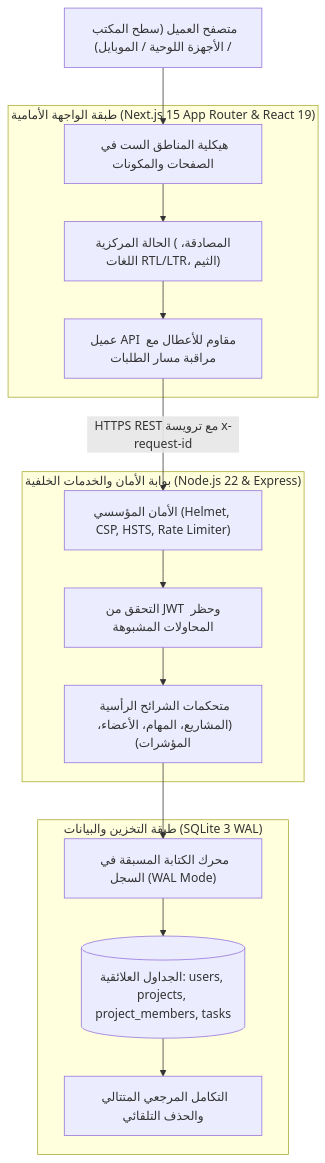
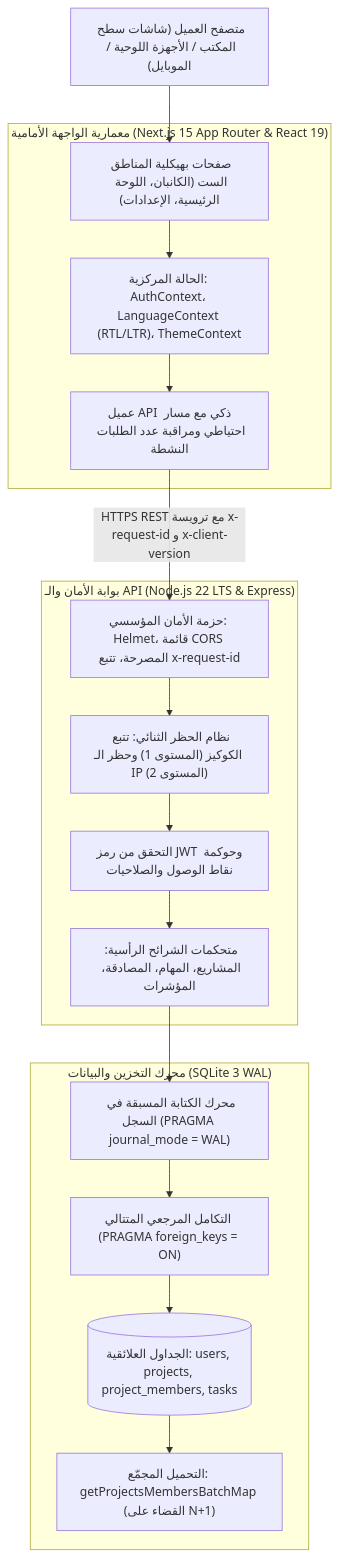
One commit to bahaajalhoom/taskflow_front changed the diagram in README_AR.md. Above: the diagram before and after it, drawn with Mermaid. The commit also changed other lines of this file and 1 other file, not shown here.

Commit message:
docs: master-grade bilingual presentation with architectural matrices, benchmarks, and Swiss telemetry

````diff
--- a/README_AR.md
+++ b/README_AR.md
@@ -72,32 +123,36 @@
 ```mermaid
 flowchart TD
-    Client["متصفح العميل (سطح المكتب / الأجهزة اللوحية / الموبايل)"]
+    Client["متصفح العميل (شاشات سطح المكتب / الأجهزة اللوحية / الموبايل)"]
     
-    subgraph Frontend["طبقة الواجهة الأمامية (Next.js 15 App Router & React 19)"]
-        UI["هيكلية المناطق الست في الصفحات والمكونات"]
-        Context["الحالة المركزية (المصادقة، اللغات RTL/LTR، الثيم)"]
-        APIClient["عميل API مقاوم للأعطال مع مراقبة مسار الطلبات"]
+    subgraph Frontend["معمارية الواجهة الأمامية (Next.js 15 App Router & React 19)"]
+        Pages["صفحات بهيكلية المناطق الست (الكانبان، اللوحة الرئيسية، الإعدادات)"]
+        Context["الحالة المركزية: AuthContext، LanguageContext (RTL/LTR)، ThemeContext"]
+        APIClient["عميل API ذكي مع مسار احتياطي ومراقبة عدد الطلبات النشطة"]
     end
     
-    subgraph Gateway["بوابة الأمان والخدمات الخلفية (Node.js 22 & Express)"]
-        Security["الأمان المؤسسي (Helmet, CSP, HSTS, Rate Limiter)"]
-        AuthMiddleware["التحقق من JWT وحظر المحاولات المشبوهة"]
-        Router["متحكمات الشرائح الرأسية (المشاريع، المهام، الأعضاء، المؤشرات)"]
+    subgraph Gateway["بوابة الأمان والـ API (Node.js 22 LTS & Express)"]
+        Security["حزمة الأمان المؤسسي: Helmet، قائمة CORS المصرحة، تتبع x-request-id"]
+        RateLimiter["نظام الحظر الثنائي: تتبع الكوكيز (المستوى 1) وحظر الـ IP (المستوى 2)"]
+        AuthMiddleware["التحقق من رمز JWT وحوكمة نقاط الوصول والصلاحيات"]
+        Controllers["متحكمات الشرائح الرأسية: المشاريع، المهام، المصادقة، المؤشرات"]
     end
     
-    subgraph Persistence["طبقة التخزين والبيانات (SQLite 3 WAL)"]
-        WAL["محرك الكتابة المسبقة في السجل (WAL Mode)"]
+    subgraph Persistence["محرك التخزين والبيانات (SQLite 3 WAL)"]
+        WAL["محرك الكتابة المسبقة في السجل (PRAGMA journal_mode = WAL)"]
+        FK["التكامل المرجعي المتتالي (PRAGMA foreign_keys = ON)"]
         Tables[("الجداول العلائقية: users, projects, project_members, tasks")]
-        ForeignKeys["التكامل المرجعي المتتالي والحذف التلقائي"]
+        Batching["التحميل المجمّع: getProjectsMembersBatchMap (القضاء على N+1)"]
     end
 
-    Client --> UI
-    UI --> Context
+    Client --> Pages
+    Pages --> Context
     Context --> APIClient
-    APIClient -->|HTTPS REST مع ترويسة x-request-id| Security
-    Security --> AuthMiddleware
-    AuthMiddleware --> Router
-    Router --> WAL
-    WAL --> Tables
-    Tables --> ForeignKeys
+    APIClient -->|HTTPS REST مع ترويسة x-request-id و x-client-version| Security
+    Security --> RateLimiter
+    RateLimiter --> AuthMiddleware
+    AuthMiddleware --> Controllers
+    Controllers --> WAL
+    WAL --> FK
+    FK --> Tables
+    Tables --> Batching
 ```
````
